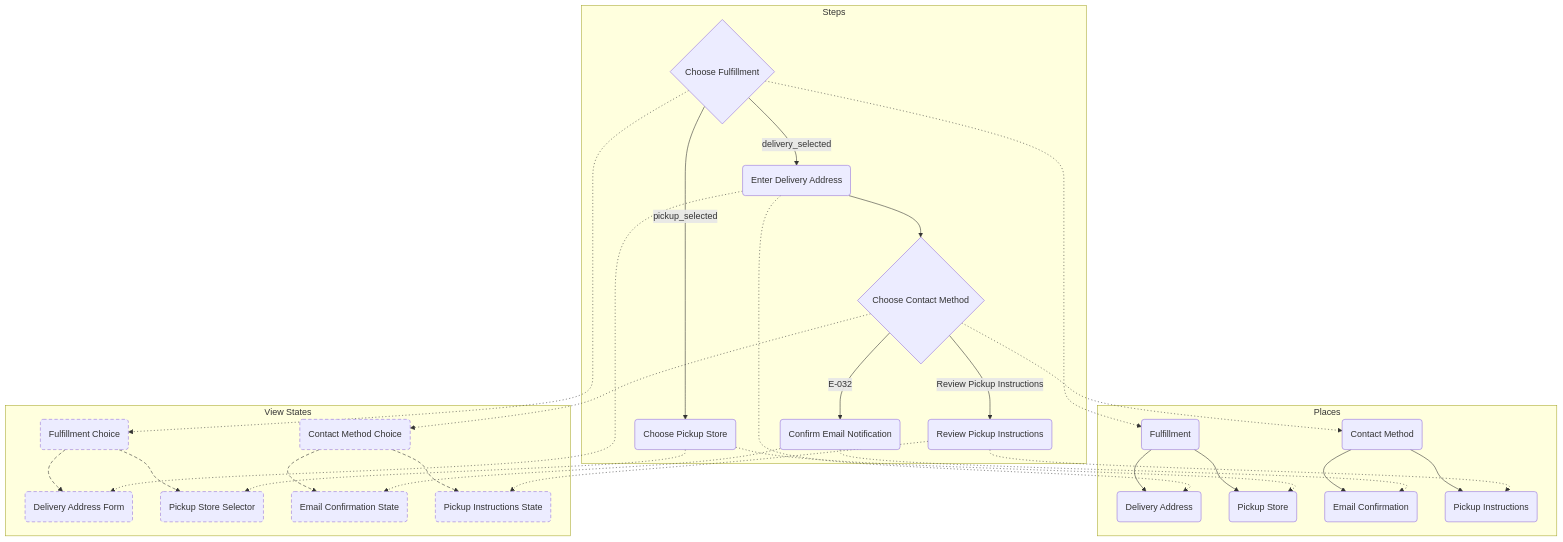
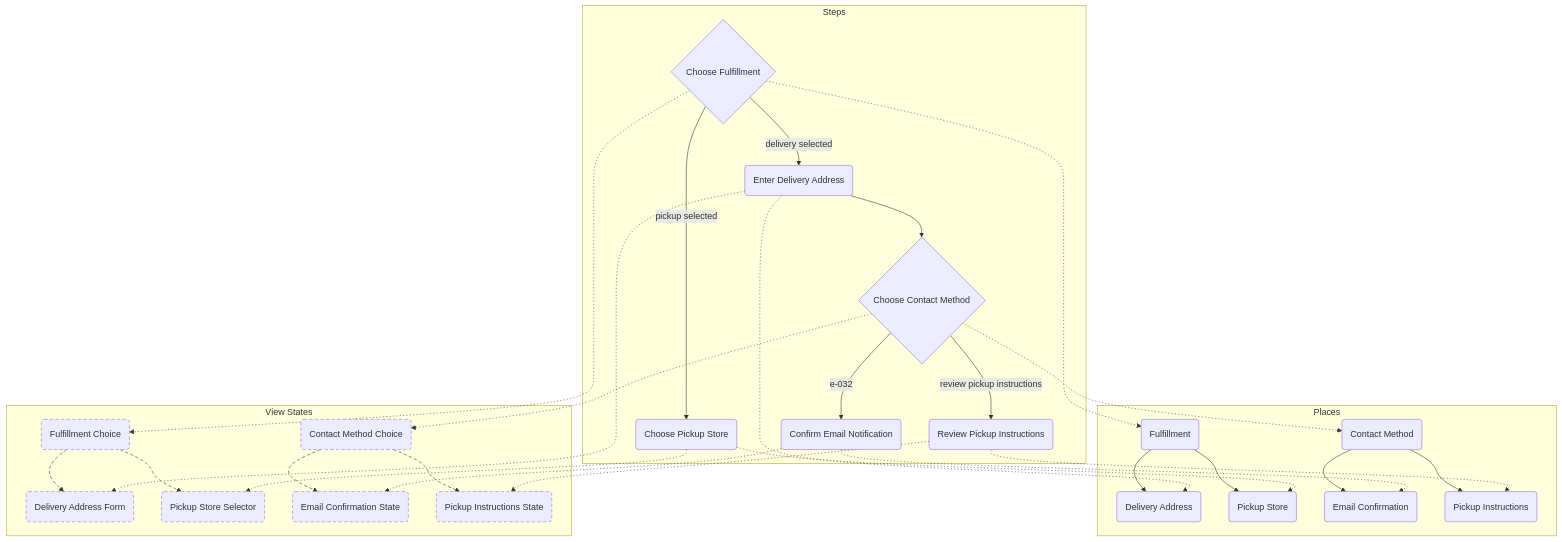
The diagram in examples/rendered/v0.1/scenario_flow_diagram_type/scenario_branching_example/strict_profile/scenario_branching.scenario_flow.mmd (knutopia/Structured-Design-Documents), drawn with Mermaid before and after one commit. The commit also changed 24 other files, not shown here.

```diff
--- a/examples/rendered/v0.1/scenario_flow_diagram_type/scenario_branching_example/strict_profile/scenario_branching.scenario_flow.mmd
+++ b/examples/rendered/v0.1/scenario_flow_diagram_type/scenario_branching_example/strict_profile/scenario_branching.scenario_flow.mmd
@@ -1,54 +1,54 @@
 flowchart TB
   subgraph n_step["Steps"]
     n_J_030{"Choose Fulfillment"}
     n_J_031("Enter Delivery Address")
     n_J_032("Choose Pickup Store")
     n_J_033{"Choose Contact Method"}
     n_J_034("Confirm Email Notification")
     n_J_035("Review Pickup Instructions")
   end
   subgraph n_place["Places"]
     n_P_030("Fulfillment")
     n_P_031("Delivery Address")
     n_P_032("Pickup Store")
     n_P_033("Contact Method")
     n_P_034("Email Confirmation")
     n_P_035("Pickup Instructions")
   end
   subgraph n_view_state["View States"]
     n_VS_030a("Fulfillment Choice")
     n_VS_031a("Delivery Address Form")
     n_VS_032a("Pickup Store Selector")
     n_VS_033a("Contact Method Choice")
     n_VS_034a("Email Confirmation State")
     n_VS_035a("Pickup Instructions State")
   end
-  n_J_030 -->|delivery_selected| n_J_031
-  n_J_030 -->|pickup_selected| n_J_032
+  n_J_030 -->|delivery selected| n_J_031
+  n_J_030 -->|pickup selected| n_J_032
   n_J_030 --> n_P_030
   n_J_030 --> n_VS_030a
   n_J_031 --> n_J_033
   n_J_031 --> n_P_031
   n_J_031 --> n_VS_031a
   n_J_032 --> n_P_032
   n_J_032 --> n_VS_032a
-  n_J_033 -->|E-032| n_J_034
-  n_J_033 -->|Review Pickup Instructions| n_J_035
+  n_J_033 -->|e-032| n_J_034
+  n_J_033 -->|review pickup instructions| n_J_035
   n_J_033 --> n_P_033
   n_J_033 --> n_VS_033a
   n_J_034 --> n_P_034
   n_J_034 --> n_VS_034a
   n_J_035 --> n_P_035
   n_J_035 --> n_VS_035a
   n_P_030 --> n_P_031
   n_P_030 --> n_P_032
   n_P_033 --> n_P_034
   n_P_033 --> n_P_035
   n_VS_030a --> n_VS_031a
   n_VS_030a --> n_VS_032a
   n_VS_033a --> n_VS_034a
   n_VS_033a --> n_VS_035a
   classDef dashedNode stroke-dasharray: 6 4;
   class n_VS_030a,n_VS_031a,n_VS_032a,n_VS_033a,n_VS_034a,n_VS_035a dashedNode;
   linkStyle 21,22,23,24 stroke-dasharray: 6 4;
   linkStyle 2,3,5,6,7,8,11,12,13,14,15,16 stroke-dasharray: 2 4;
```
